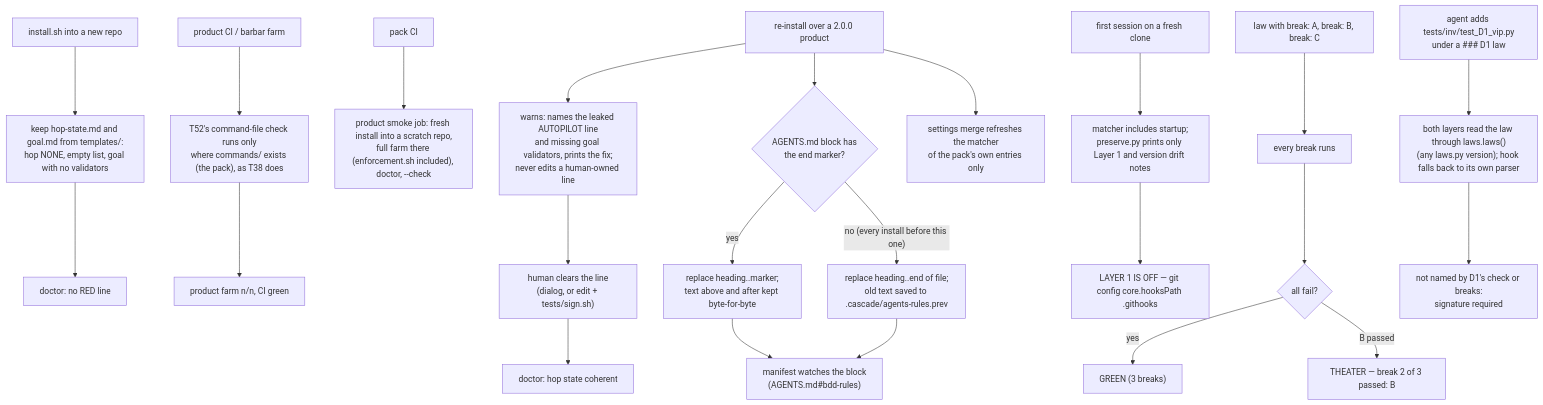
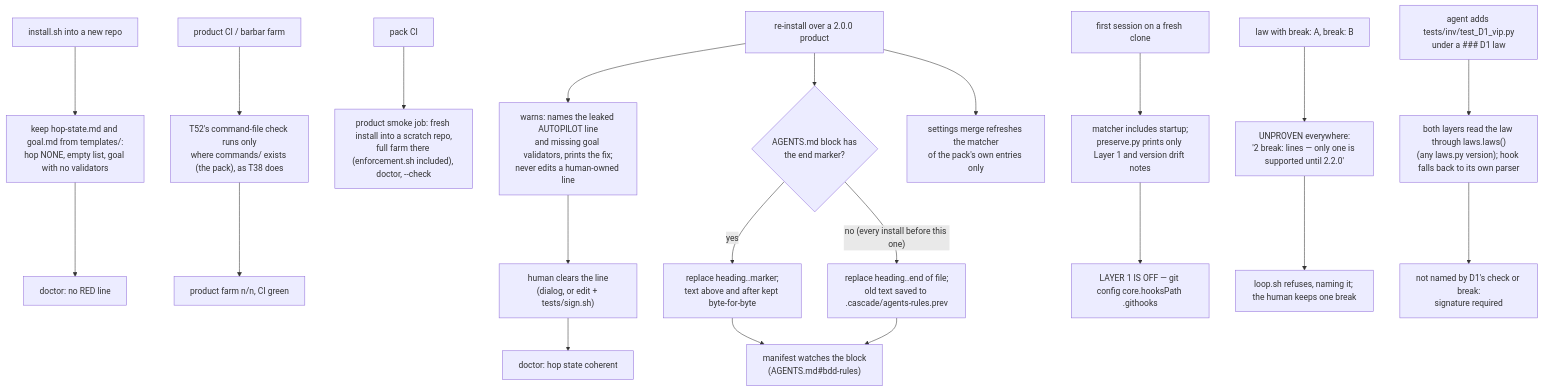
One commit to kadaluarsa/barbaric-driven-development changed the second of 2 diagrams in docs/cascade/05b-t60-install-health-multi-break.md. Above: the diagram before and after it, drawn with Mermaid. The commit also changed other lines of this file, not shown here.

First line of the commit message:
GENERATE 05b t60-install-health-multi-break: spec v3 after send-back — multi-break deferred to 2.2.0, second break: line held UNPROVEN, version 2.1.1

````diff
--- a/docs/cascade/05b-t60-install-health-multi-break.md
+++ b/docs/cascade/05b-t60-install-health-multi-break.md
@@ -66,24 +72,22 @@
 ```mermaid
 flowchart TD
     I["install.sh into a new repo"] --> K2["keep hop-state.md and goal.md from templates/:<br/>hop NONE, empty list, goal with no validators"]
     K2 --> D2["doctor: no RED line"]
     UP["re-install over a 2.0.0 product"] --> WARN["warns: names the leaked AUTOPILOT line<br/>and missing goal validators, prints the fix;<br/>never edits a human-owned line"]
     WARN --> HUM["human clears the line<br/>(dialog, or edit + tests/sign.sh)"]
     HUM --> D3["doctor: hop state coherent"]
     F["product CI / barbar farm"] --> T52b["T52's command-file check runs only<br/>where commands/ exists (the pack), as T38 does"]
     T52b --> G2["product farm n/n, CI green"]
     PC["pack CI"] --> SMOKE["product smoke job: fresh install into a scratch repo,<br/>full farm there (enforcement.sh included), doctor, --check"]
     UP --> A2{"AGENTS.md block has<br/>the end marker?"}
     A2 -- yes --> A3["replace heading..marker;<br/>text above and after kept byte-for-byte"]
     A2 -- "no (every install before this one)" --> A4["replace heading..end of file;<br/>old text saved to .cascade/agents-rules.prev"]
     A3 & A4 --> M2["manifest watches the block<br/>(AGENTS.md#bdd-rules)"]
     UP --> ST2["settings merge refreshes the matcher<br/>of the pack's own entries only"]
     S["first session on a fresh clone"] --> P2["matcher includes startup;<br/>preserve.py prints only Layer 1 and version drift notes"]
     P2 --> Q2["LAYER 1 IS OFF — git config core.hooksPath .githooks"]
-    E["law with break: A, break: B, break: C"] --> W2["every break runs"]
-    W2 --> G3{"all fail?"}
-    G3 -- yes --> GREEN["GREEN (3 breaks)"]
-    G3 -- "B passed" --> TH["THEATER — break 2 of 3 passed: B"]
+    E["law with break: A, break: B"] --> W2["UNPROVEN everywhere:<br/>'2 break: lines — only one is supported until 2.2.0'"]
+    W2 --> LR["loop.sh refuses, naming it; the human keeps one break"]
     N["agent adds tests/inv/test_D1_vip.py<br/>under a ### D1 law"] --> X2["both layers read the law through laws.laws()<br/>(any laws.py version); hook falls back to its own parser"]
-    X2 --> Y2["not named by D1's check or breaks:<br/>signature required"]
+    X2 --> Y2["not named by D1's check or break:<br/>signature required"]
 ```
````
